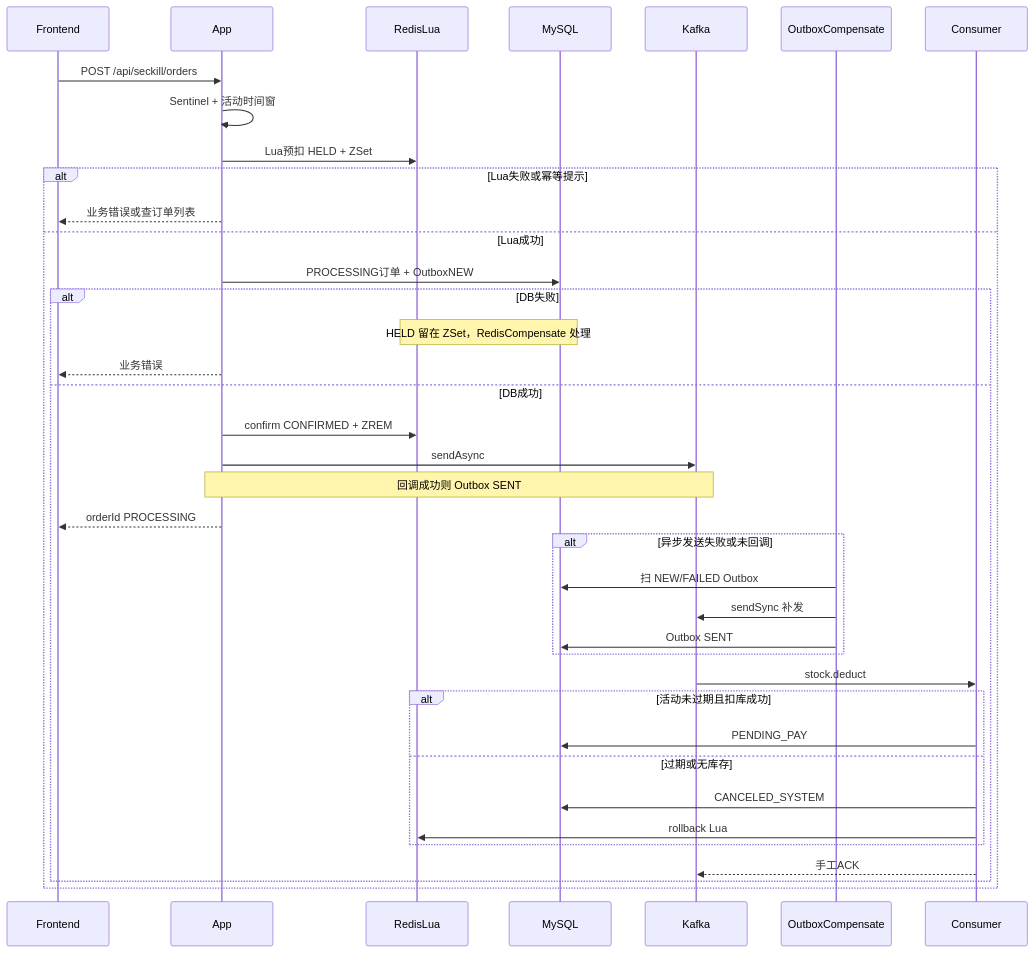
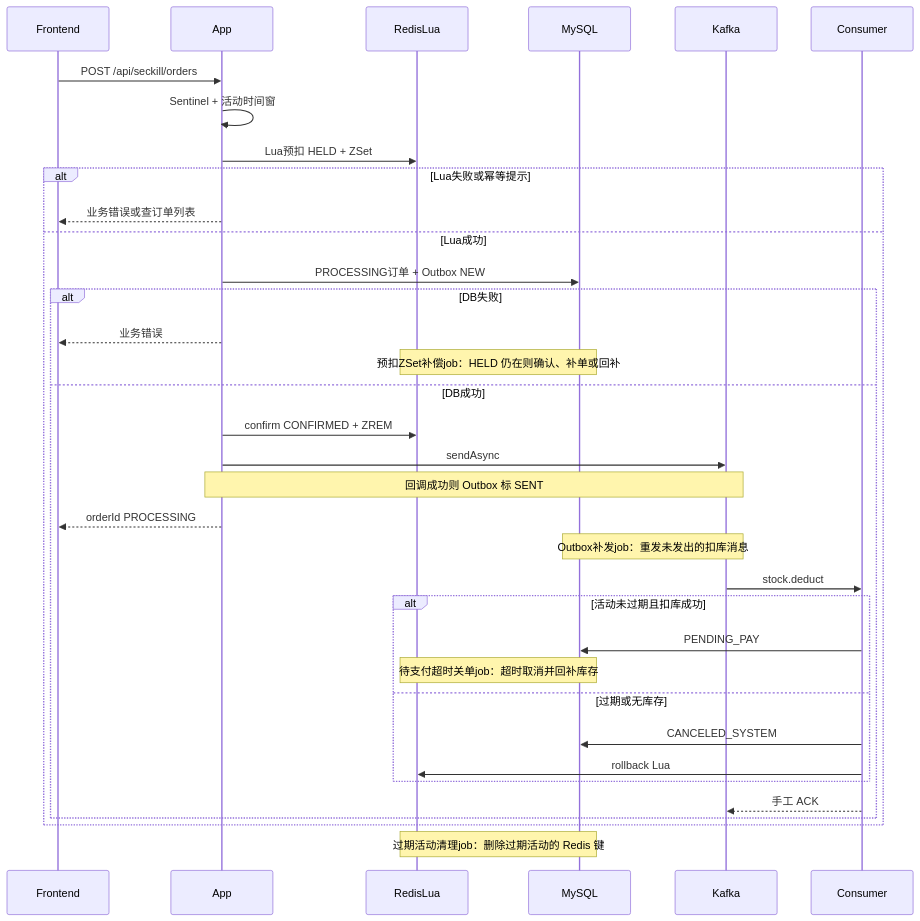
One commit to wegod/presence changed the third of 5 diagrams in README.md. Above: the diagram before and after it, drawn with Mermaid. The commit also changed other lines of this file, not shown here.

Commit message:
Annotate compensation jobs on the core seckill sequence.

````diff
--- a/README.md
+++ b/README.md
@@ -92,41 +94,38 @@
 ```mermaid
 sequenceDiagram
   participant FE as Frontend
   participant API as App
   participant R as RedisLua
   participant DB as MySQL
   participant K as Kafka
-  participant Job as OutboxCompensate
   participant C as Consumer
 
   FE->>API: POST /api/seckill/orders
   API->>API: Sentinel + 活动时间窗
   API->>R: Lua预扣 HELD + ZSet
   alt Lua失败或幂等提示
     API-->>FE: 业务错误或查订单列表
   else Lua成功
-    API->>DB: PROCESSING订单 + OutboxNEW
+    API->>DB: PROCESSING订单 + Outbox NEW
     alt DB失败
-      Note over R,DB: HELD 留在 ZSet，RedisCompensate 处理
       API-->>FE: 业务错误
+      Note over R,DB: 预扣ZSet补偿job：HELD 仍在则确认、补单或回补
     else DB成功
       API->>R: confirm CONFIRMED + ZREM
       API->>K: sendAsync
-      Note over API,K: 回调成功则 Outbox SENT
+      Note over API,K: 回调成功则 Outbox 标 SENT
       API-->>FE: orderId PROCESSING
-      alt 异步发送失败或未回调
-        Job->>DB: 扫 NEW/FAILED Outbox
-        Job->>K: sendSync 补发
-        Job->>DB: Outbox SENT
-      end
+      Note over DB,K: Outbox补发job：重发未发出的扣库消息
       K->>C: stock.deduct
       alt 活动未过期且扣库成功
         C->>DB: PENDING_PAY
+        Note over DB,R: 待支付超时关单job：超时取消并回补库存
       else 过期或无库存
         C->>DB: CANCELED_SYSTEM
         C->>R: rollback Lua
       end
-      C-->>K: 手工ACK
+      C-->>K: 手工 ACK
     end
   end
+  Note over DB,R: 过期活动清理job：删除过期活动的 Redis 键
 ```
````
